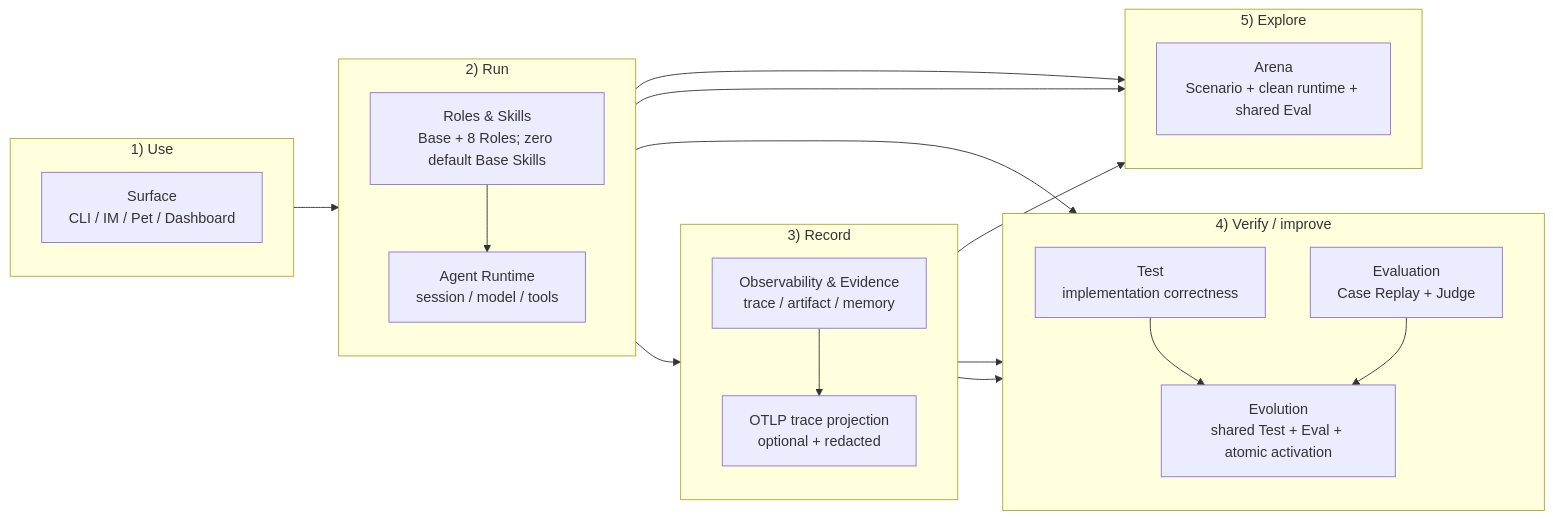
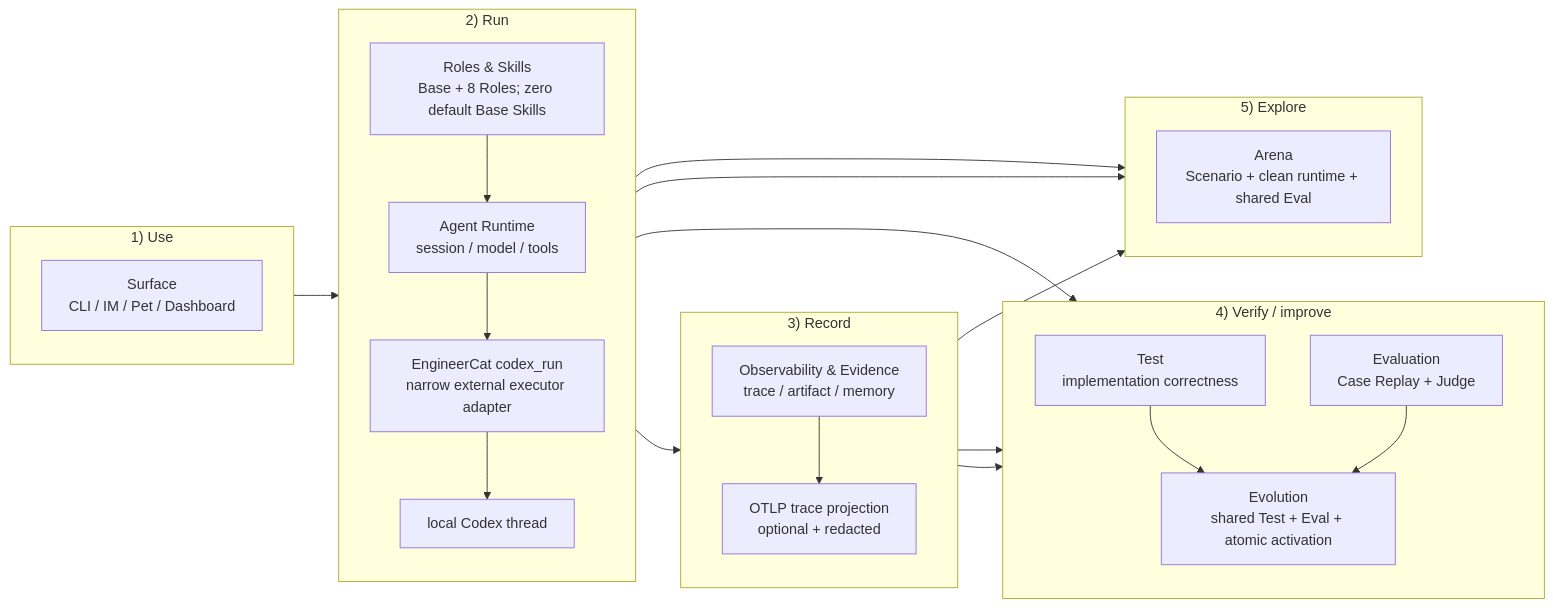
Before and after one commit to fightheyyy/xiaobaOS: the first of 2 diagrams in docs/SPEC.md, drawn with Mermaid. The commit also changed other lines of this file and 22 other files, not shown here.

Commit message:
Add EngineerCat Codex SDK adapter

````diff
--- a/docs/SPEC.md
+++ b/docs/SPEC.md
@@ -62,40 +62,44 @@
 ```mermaid
 flowchart LR
     subgraph Use["1) Use"]
         direction TB
         Surface["Surface<br/>CLI / IM / Pet / Dashboard"]
     end
     subgraph Run["2) Run"]
         direction TB
         Runtime["Agent Runtime<br/>session / model / tools"]
         Policy["Roles & Skills<br/>Base + 8 Roles; zero default Base Skills"]
+        CodexAdapter["EngineerCat codex_run<br/>narrow external executor adapter"]
+        Codex["local Codex thread"]
     end
     subgraph Facts["3) Record"]
         direction TB
         Evidence["Observability & Evidence<br/>trace / artifact / memory"]
         Otel["OTLP trace projection<br/>optional + redacted"]
     end
     subgraph Learn["4) Verify / improve"]
         direction TB
         Test["Test<br/>implementation correctness"]
         Evaluation["Evaluation<br/>Case Replay + Judge"]
         Improve["Evolution<br/>shared Test + Eval + atomic activation"]
     end
     subgraph Review["5) Explore"]
         direction TB
         Arena["Arena<br/>Scenario + clean runtime + shared Eval"]
     end
 
     Surface --> Runtime
     Policy --> Runtime
+    Runtime --> CodexAdapter
+    CodexAdapter --> Codex
     Runtime --> Evidence
     Evidence --> Otel
     Runtime --> Test
     Evidence --> Evaluation
     Evidence --> Improve
     Runtime --> Arena
     Policy --> Arena
     Evidence --> Arena
     Test --> Improve
     Evaluation --> Improve
 ```
````
